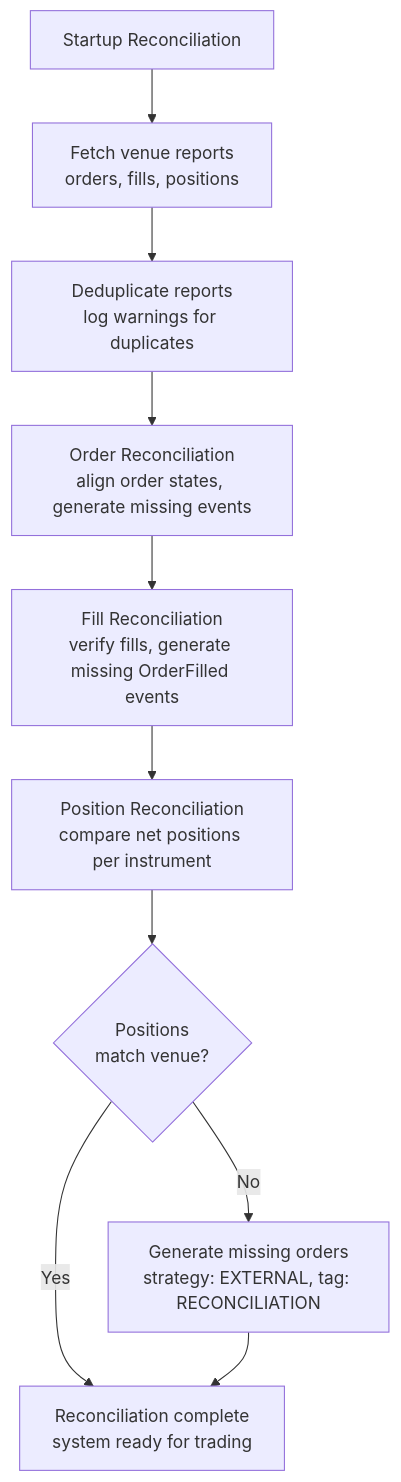
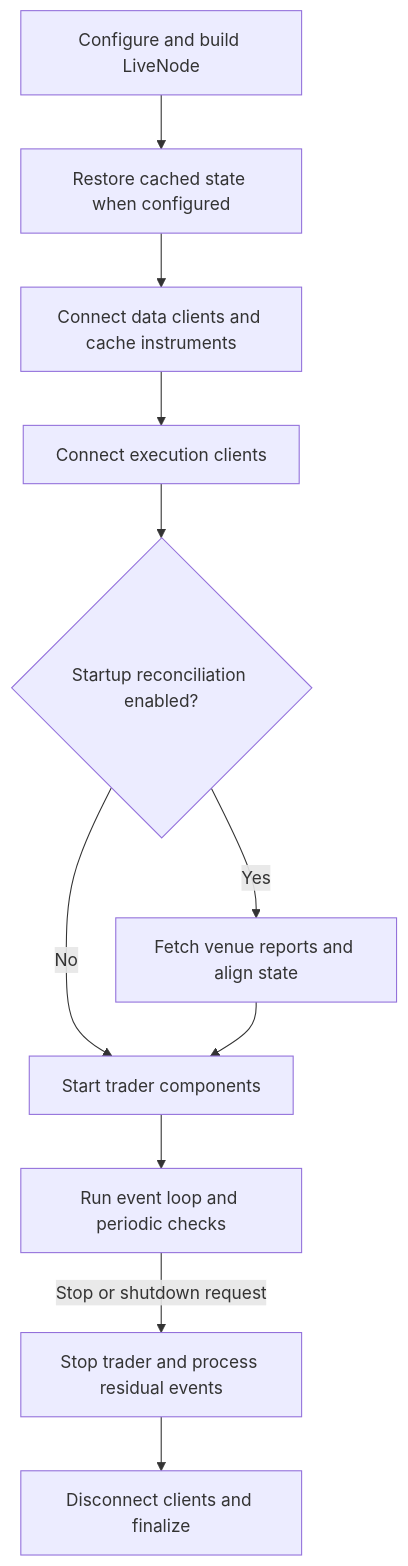
The diagram in docs/concepts/live.md (nautechsystems/nautilus_trader), drawn with Mermaid before and after one commit. The commit also changed other lines of this file and 7 other files, not shown here.

First line of the commit message:
Restructure live execution documentation

````diff
--- a/docs/concepts/live.md
+++ b/docs/concepts/live.md
@@ -153,12 +18,13 @@
 ```mermaid
 flowchart TD
-    Start[Startup Reconciliation] --> Fetch[Fetch venue reports<br/>orders, fills, positions]
-    Fetch --> Dedup[Deduplicate reports<br/>log warnings for duplicates]
-    Dedup --> Orders[Order Reconciliation<br/>align order states, generate missing events]
-    Orders --> Fills[Fill Reconciliation<br/>verify fills, generate missing OrderFilled events]
-    Fills --> Pos[Position Reconciliation<br/>compare net positions per instrument]
-    Pos --> Match{Positions<br/>match venue?}
-    Match -->|Yes| Done[Reconciliation complete<br/>system ready for trading]
-    Match -->|No| Gen[Generate missing orders<br/>strategy: EXTERNAL, tag: RECONCILIATION]
-    Gen --> Done
+    Build[Configure and build LiveNode] --> Cache[Restore cached state when configured]
+    Cache --> Data[Connect data clients and cache instruments]
+    Data --> Exec[Connect execution clients]
+    Exec --> Recon{Startup reconciliation enabled?}
+    Recon -->|Yes| Align[Fetch venue reports and align state]
+    Recon -->|No| Trader[Start trader components]
+    Align --> Trader
+    Trader --> Run[Run event loop and periodic checks]
+    Run -->|Stop or shutdown request| Stop[Stop trader and process residual events]
+    Stop --> Final[Disconnect clients and finalize]
 ```
````
